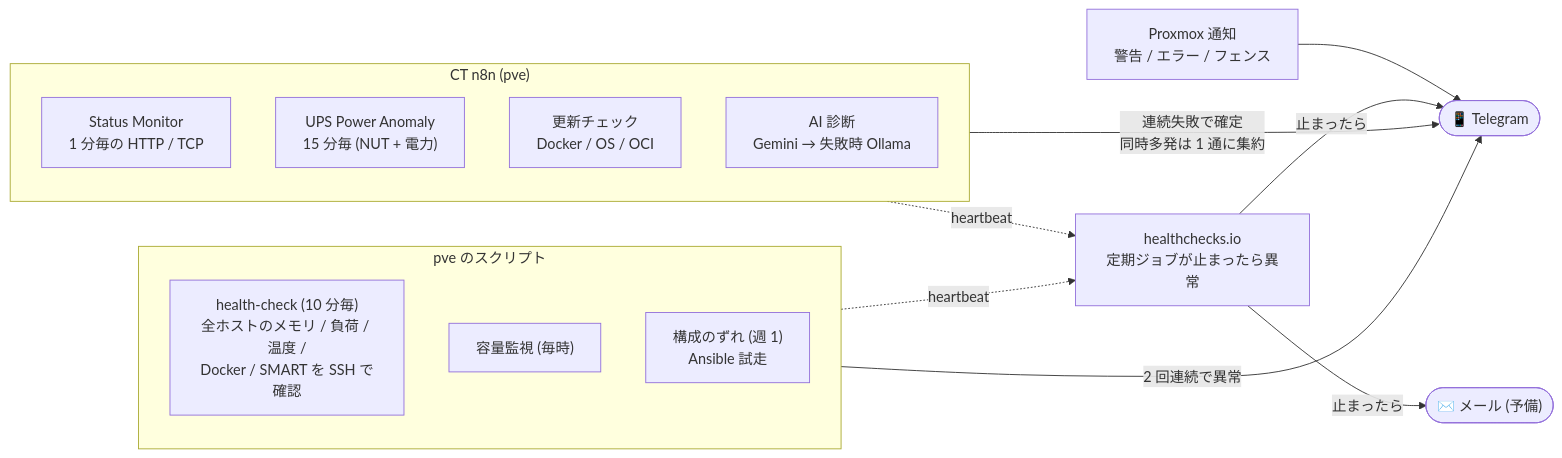
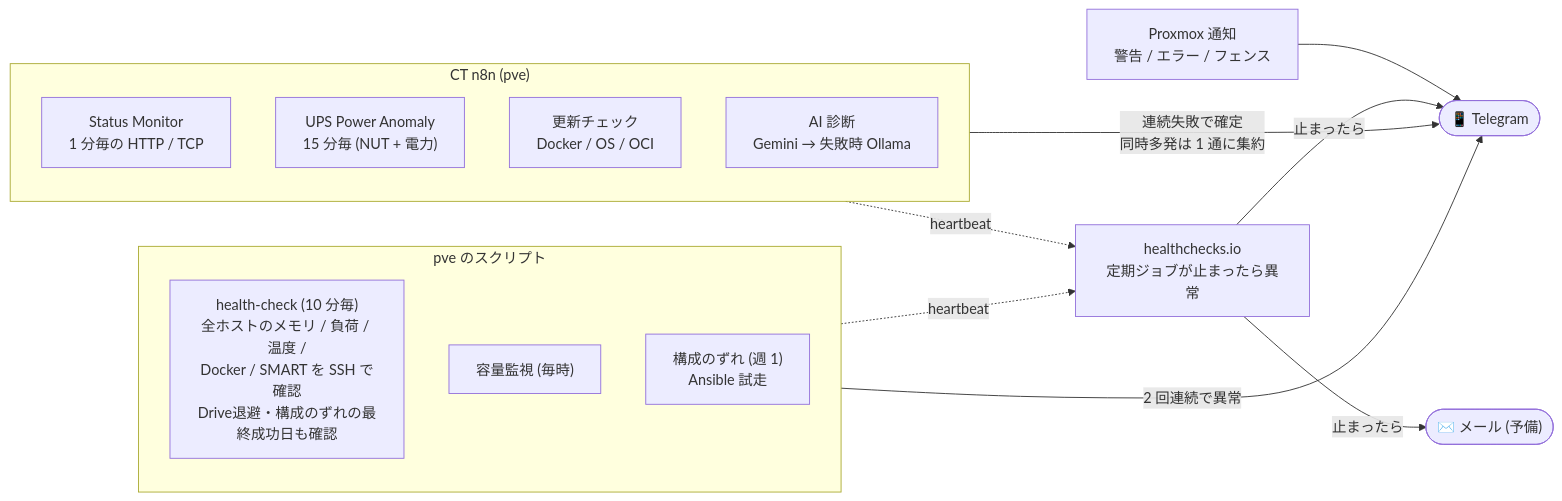
The fourth of 4 diagrams in README.md (Leucophyllous/homelab), drawn with Mermaid before and after one commit. The commit also changed other lines of this file, not shown here.

````diff
--- a/README.md
+++ b/README.md
@@ -139,28 +139,28 @@
 ```mermaid
 flowchart LR
   subgraph n8nbox["CT n8n (pve)"]
     direction TB
     sm["Status Monitor<br>1 分毎の HTTP / TCP"]
     ups["UPS Power Anomaly<br>15 分毎 (NUT + 電力)"]
     upd["更新チェック<br>Docker / OS / OCI"]
     ai["AI 診断<br>Gemini → 失敗時 Ollama"]
   end
   subgraph pvebox["pve のスクリプト"]
     direction TB
-    hcx["health-check (10 分毎)<br>全ホストのメモリ / 負荷 / 温度 /<br>Docker / SMART を SSH で確認"]
+    hcx["health-check (10 分毎)<br>全ホストのメモリ / 負荷 / 温度 /<br>Docker / SMART を SSH で確認<br>Drive退避・構成のずれの最終成功日も確認"]
     cap["容量監視 (毎時)"]
     drift["構成のずれ (週 1)<br>Ansible 試走"]
   end
   pvn["Proxmox 通知<br>警告 / エラー / フェンス"]
   tg(["📱 Telegram"])
   hc["healthchecks.io<br>定期ジョブが止まったら異常"]
   mail(["✉️ メール (予備)"])
 
   n8nbox -->|"連続失敗で確定<br>同時多発は 1 通に集約"| tg
   pvebox -->|"2 回連続で異常"| tg
   pvn --> tg
   n8nbox -.->|heartbeat| hc
   pvebox -.->|heartbeat| hc
   hc -->|止まったら| tg
   hc -->|止まったら| mail
 ```
````
